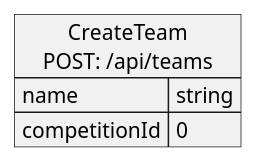
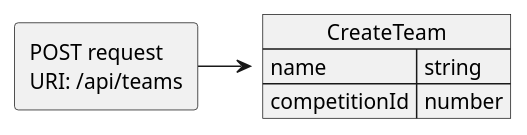
One commit to JKMN-Projects/TeamTactics changed the diagram in docs/JSON Contracts/Requests/CreateTeam.puml. Above: the diagram before and after it, drawn with PlantUML. The commit also changed 20 other files, not shown here.

```diff
--- a/docs/JSON Contracts/Requests/CreateTeam.puml
+++ b/docs/JSON Contracts/Requests/CreateTeam.puml
@@ -1,8 +1,11 @@
 @startuml Create team request
+allowmixing
 
-json "CreateTeam\nPOST: /api/teams" as createTeamRequest {
+agent "POST request \nURI: /api/teams"
+  json "CreateTeam" as J {
     "name": "string",
-    "competitionId": 0
-}
+    "competitionId": "number"
+  }
 
+"POST request \nURI: /api/teams" -> J 
 @enduml
```
